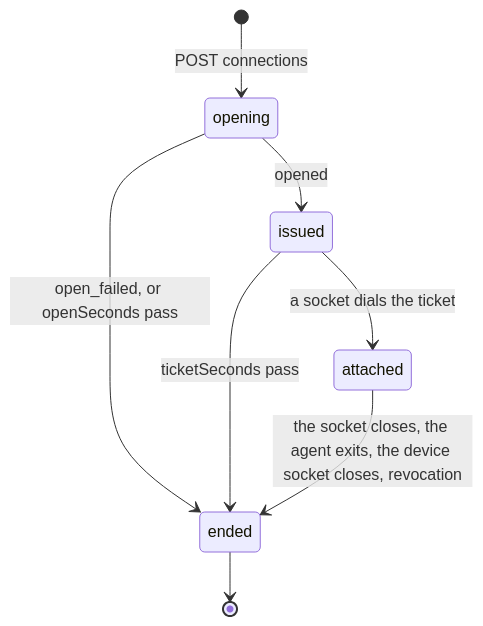
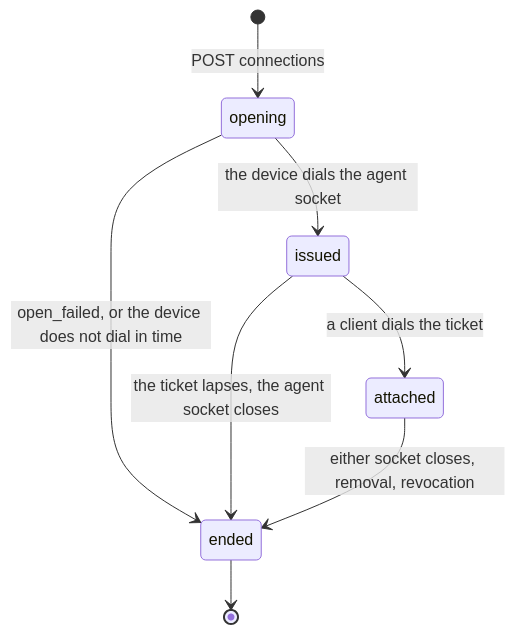
Before and after one commit to lulu0119/acp-web-gateway: the fifth of 5 diagrams in docs/protocol/exterior-agent-protocol.md, drawn with Mermaid. The commit also changed other lines of this file and 76 other files, not shown here.

First line of the commit message:
feat(protocol): dial an agent socket per connection and bind devices to a key

````diff
--- a/docs/protocol/exterior-agent-protocol.md
+++ b/docs/protocol/exterior-agent-protocol.md
@@ -298,10 +272,10 @@
 ```mermaid
 stateDiagram-v2
   [*] --> opening: POST connections
-  opening --> issued: opened
-  opening --> ended: open_failed, or openSeconds pass
-  issued --> attached: a socket dials the ticket
-  issued --> ended: ticketSeconds pass
-  attached --> ended: the socket closes, the agent exits, the device socket closes, revocation
+  opening --> issued: the device dials the agent socket
+  opening --> ended: open_failed, or the device does not dial in time
+  issued --> attached: a client dials the ticket
+  issued --> ended: the ticket lapses, the agent socket closes
+  attached --> ended: either socket closes, removal, revocation
   ended --> [*]
 ```
````
